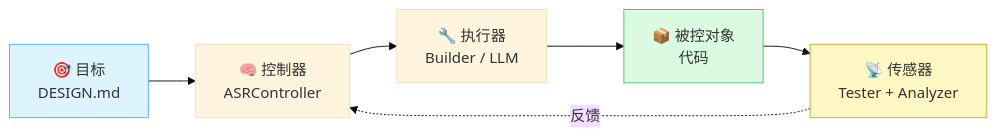
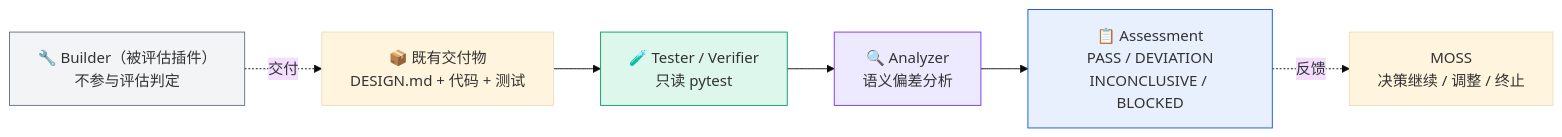
The first of 2 diagrams in README.md (georgewangchn/MoDou), drawn with Mermaid (base theme) before and after one commit. The commit also changed other lines of this file and 3 other files, not shown here.

First line of the commit message:
docs: 价值重心转向 Tester/Analyzer 独立验收，同步 MoDou 仓库地址

````diff
--- a/README.md
+++ b/README.md
@@ -51,12 +51,13 @@
 ```mermaid
 flowchart LR
-    G["🎯 目标<br/>DESIGN.md"] --> CTRL["🧠 控制器<br/>ASRController"]
-    CTRL --> ACT["🔧 执行器<br/>Builder / LLM"]
-    ACT --> PLANT["📦 被控对象<br/>代码"]
-    PLANT --> SENSE["📡 传感器<br/>Tester + Analyzer"]
-    SENSE -.反馈.-> CTRL
+    DELIV["📦 既有交付物<br/>DESIGN.md + 代码 + 测试"] --> VER["🧪 Tester / Verifier<br/>只读 pytest"]
+    VER --> ANA["🔍 Analyzer<br/>语义偏差分析"]
+    ANA --> ASSESS["📋 Assessment<br/>PASS / DEVIATION<br/>INCONCLUSIVE / BLOCKED"]
+    ASSESS -.反馈.-> MOSS["MOSS<br/>决策继续 / 调整 / 终止"]
+    BUILDER["🔧 Builder（被评估插件）<br/>不参与评估判定"] -.交付.-> DELIV
 
-    style G fill:#ddf4ff,stroke:#54aeff
-    style PLANT fill:#dafbe1,stroke:#4ac26b
-    style SENSE fill:#fff8c5,stroke:#d4a72c
+    style VER fill:#def7ec,stroke:#0e9f6e
+    style ANA fill:#ede9fe,stroke:#7c3aed
+    style ASSESS fill:#e8f0fe,stroke:#1a56db
+    style BUILDER fill:#f3f4f6,stroke:#6b7280
 ```
````
